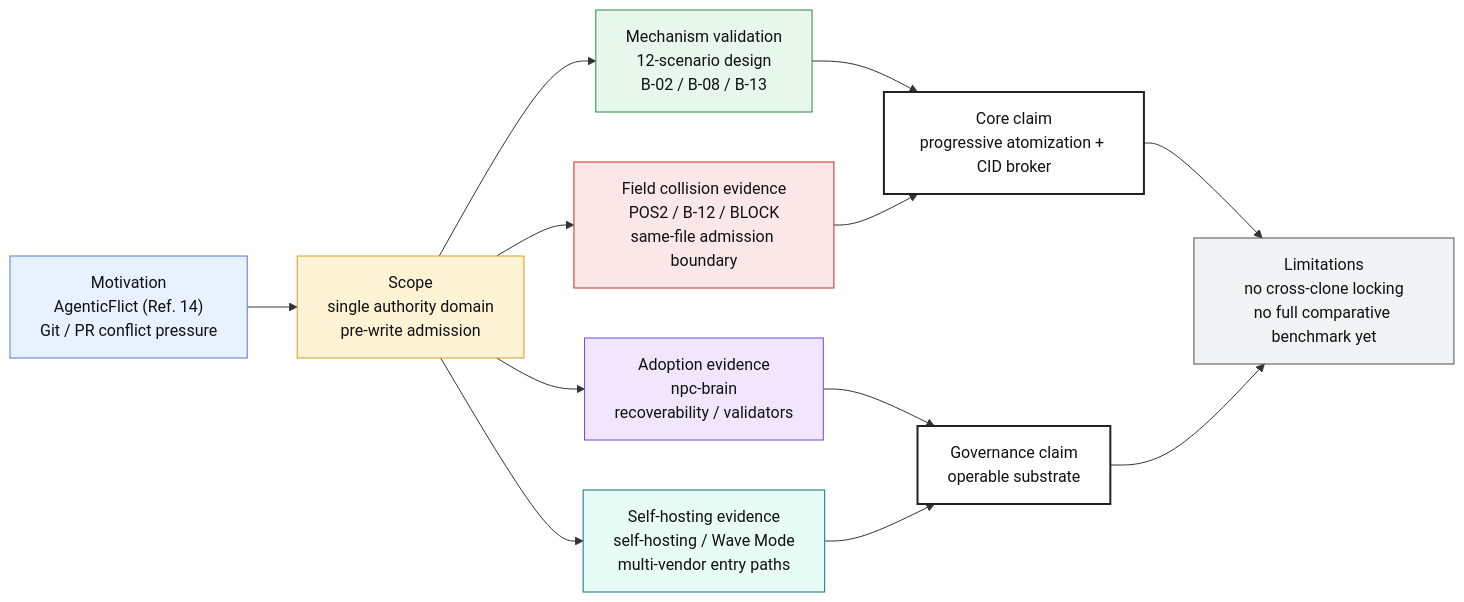
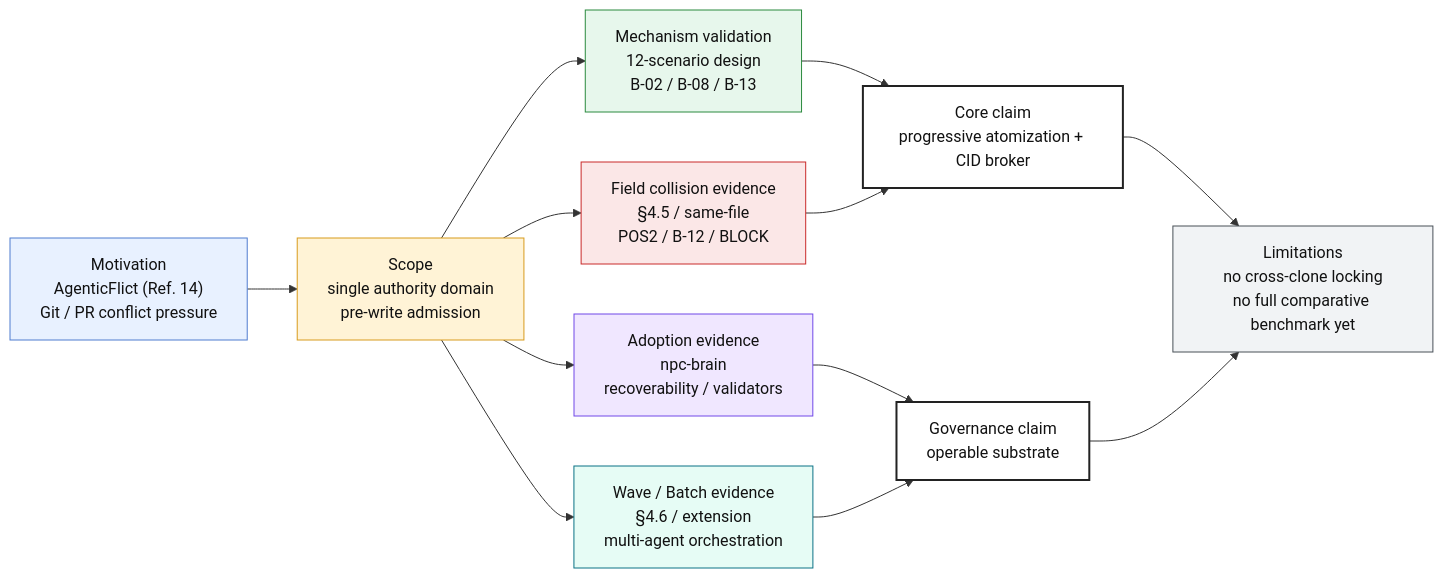
One commit to eaglhuang/3klife changed the fourth of 4 diagrams in docs/ai_atomic_framework/arxiv-paper-v1/paper.v3.1.en.md. Above: the diagram before and after it, drawn with Mermaid. The commit also changed other lines of this file and 3 other files, not shown here.

````diff
--- a/docs/ai_atomic_framework/arxiv-paper-v1/paper.v3.1.en.md
+++ b/docs/ai_atomic_framework/arxiv-paper-v1/paper.v3.1.en.md
@@ -705,23 +704,23 @@
 ```mermaid
 flowchart LR
     M["Motivation<br/>AgenticFlict (Ref. 14)<br/>Git / PR conflict pressure"] --> S["Scope<br/>single authority domain<br/>pre-write admission"]
     S --> F["Mechanism validation<br/>12-scenario design<br/>B-02 / B-08 / B-13"]
-    S --> C["Field collision evidence<br/>POS2 / B-12 / BLOCK<br/>same-file admission boundary"]
+    S --> C["Field collision evidence<br/>§4.5 / same-file<br/>POS2 / B-12 / BLOCK"]
     S --> A["Adoption evidence<br/>npc-brain<br/>recoverability / validators"]
-    S --> D["Self-hosting evidence<br/>self-hosting / Wave Mode<br/>multi-vendor entry paths"]
+    S --> D["Wave / Batch evidence<br/>§4.6 / extension<br/>multi-agent orchestration"]
     F --> K["Core claim<br/>progressive atomization + CID broker"]
     C --> K
     A --> G["Governance claim<br/>operable substrate"]
     D --> G
     K --> L["Limitations<br/>no cross-clone locking<br/>no full comparative benchmark yet"]
     G --> L
     style M fill:#e8f1ff,stroke:#4f7ccf,color:#111
     style S fill:#fff3d6,stroke:#d89b1d,color:#111
     style F fill:#e7f7ec,stroke:#2b8a3e,color:#111
     style C fill:#fbe7e7,stroke:#c92a2a,color:#111
     style A fill:#f0e7ff,stroke:#7048e8,color:#111
     style D fill:#e6fcf5,stroke:#0b7285,color:#111
     style K fill:#ffffff,stroke:#222,stroke-width:2px,color:#111
     style G fill:#ffffff,stroke:#222,stroke-width:2px,color:#111
     style L fill:#f1f3f5,stroke:#495057,color:#111
 ```
````
